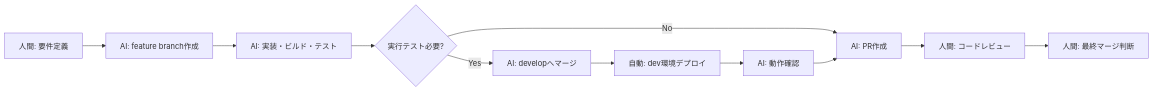
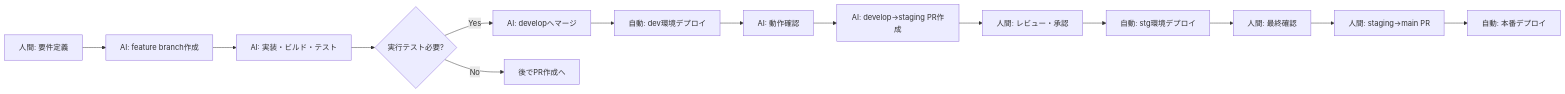
One commit to flow-theory-x/alexa-voice-memo changed the diagram in docs/ai-sandbox-methodology.md. Above: the diagram before and after it, drawn with Mermaid. The commit also changed other lines of this file, not shown here.

````diff
--- a/docs/ai-sandbox-methodology.md
+++ b/docs/ai-sandbox-methodology.md
@@ -51,13 +53,16 @@
 ```mermaid
 graph LR
     A[人間: 要件定義] --> B[AI: feature branch作成]
     B --> C[AI: 実装・ビルド・テスト]
     C --> D{実行テスト必要?}
     D -->|Yes| E[AI: developへマージ]
-    D -->|No| F[AI: PR作成]
+    D -->|No| K[後でPR作成へ]
     E --> G[自動: dev環境デプロイ]
     G --> H[AI: 動作確認]
-    H --> F
-    F --> I[人間: コードレビュー]
-    I --> J[人間: 最終マージ判断]
+    H --> I[AI: develop→staging PR作成]
+    I --> J[人間: レビュー・承認]
+    J --> L[自動: stg環境デプロイ]
+    L --> M[人間: 最終確認]
+    M --> N[人間: staging→main PR]
+    N --> O[自動: 本番デプロイ]
 ```
````
